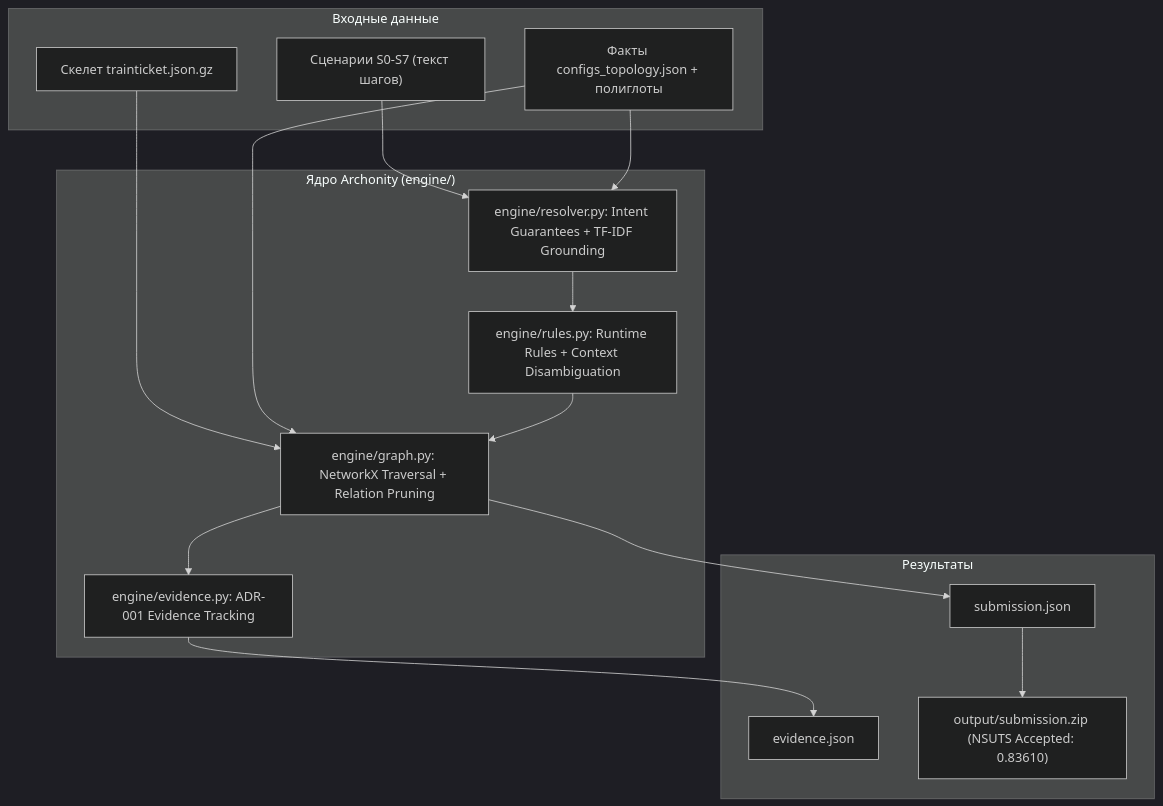
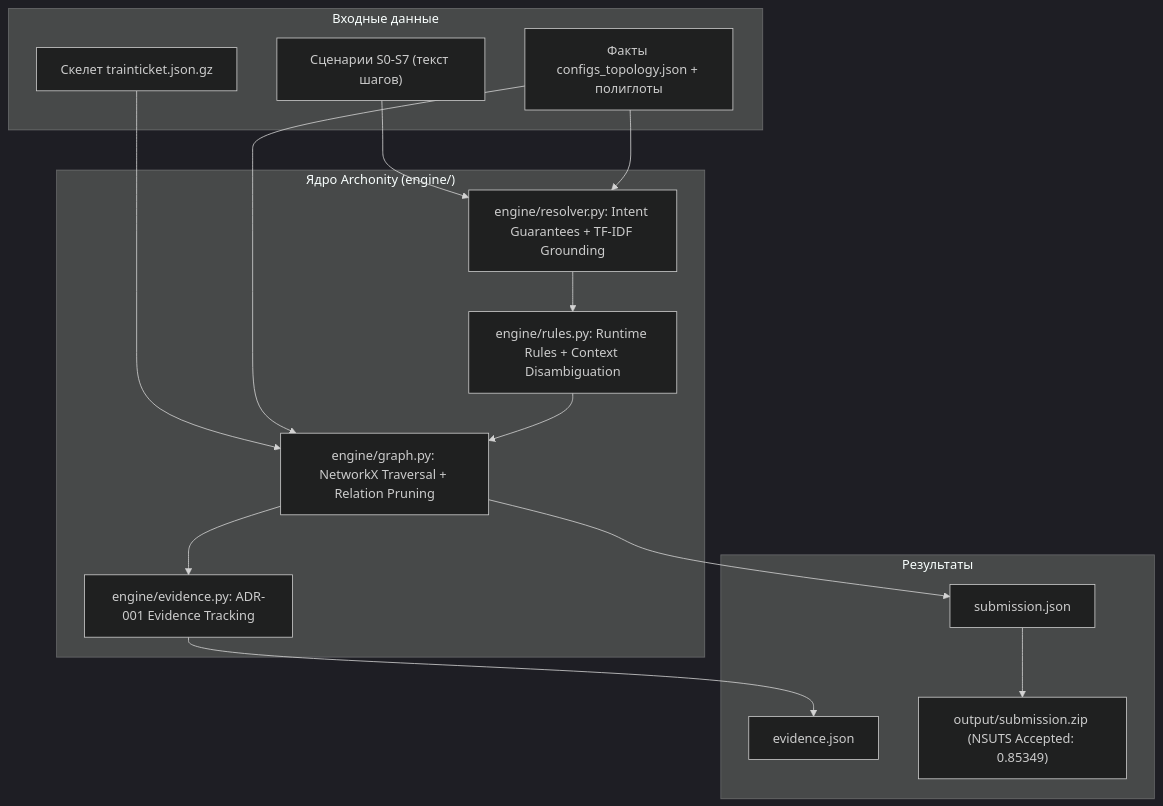
One commit to teamv39/archonity changed the diagram in docs/roadmap.md. Above: the diagram before and after it, drawn with Mermaid (dark theme). The commit also changed other lines of this file, not shown here.

````diff
--- a/docs/roadmap.md
+++ b/docs/roadmap.md
@@ -64,32 +64,32 @@
 ```mermaid
 flowchart TD
     subgraph INPUT["Входные данные"]
         SKEL["Скелет trainticket.json.gz"]
         SCEN["Сценарии S0-S7 (текст шагов)"]
         FACTS["Факты configs_topology.json + полиглоты"]
     end
 
     subgraph ENGINE["Ядро Archonity (engine/)"]
         RESOLVER["engine/resolver.py: Intent Guarantees + TF-IDF Grounding"]
         RULES["engine/rules.py: Runtime Rules + Context Disambiguation"]
         GRAPH["engine/graph.py: NetworkX Traversal + Relation Pruning"]
         EVIDENCE["engine/evidence.py: ADR-001 Evidence Tracking"]
     end
 
     subgraph OUTPUT["Результаты"]
         SUB["submission.json"]
         EVID["evidence.json"]
-        ZIP["output/submission.zip (NSUTS Accepted: 0.83610)"]
+        ZIP["output/submission.zip (NSUTS Accepted: 0.85349)"]
     end
 
     SKEL --> GRAPH
     SCEN --> RESOLVER
     FACTS --> RESOLVER
     FACTS --> GRAPH
     RESOLVER --> RULES
     RULES --> GRAPH
     GRAPH --> EVIDENCE
     GRAPH --> SUB
     EVIDENCE --> EVID
     SUB --> ZIP
 ```
````
